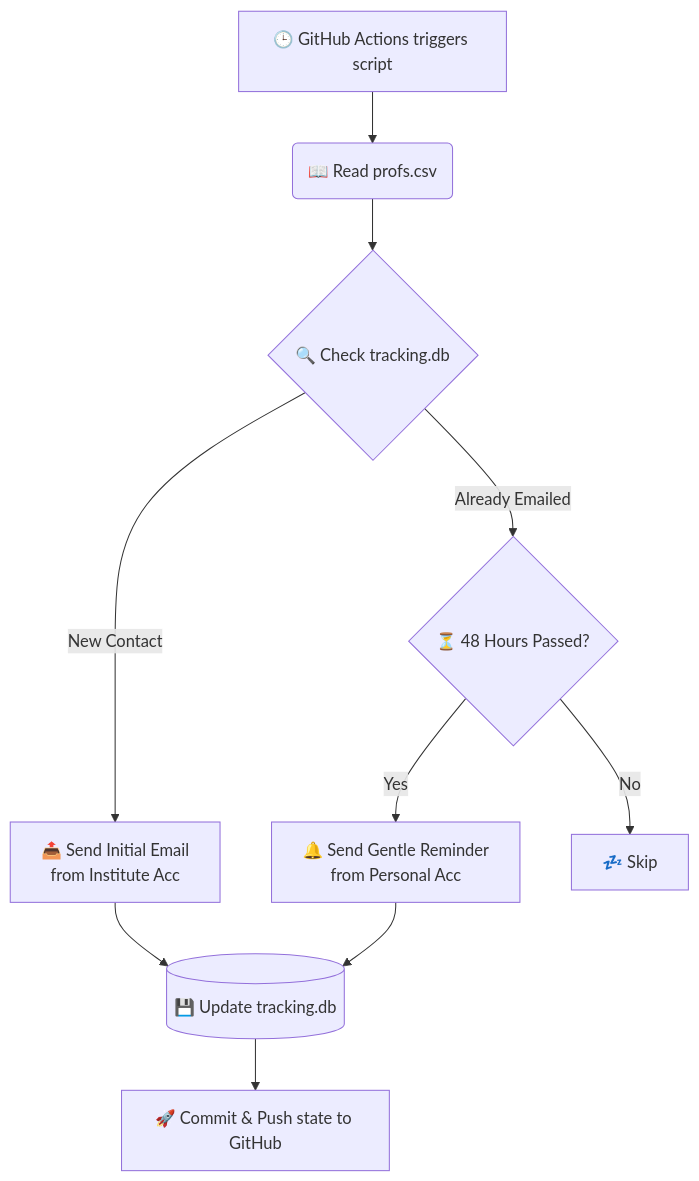
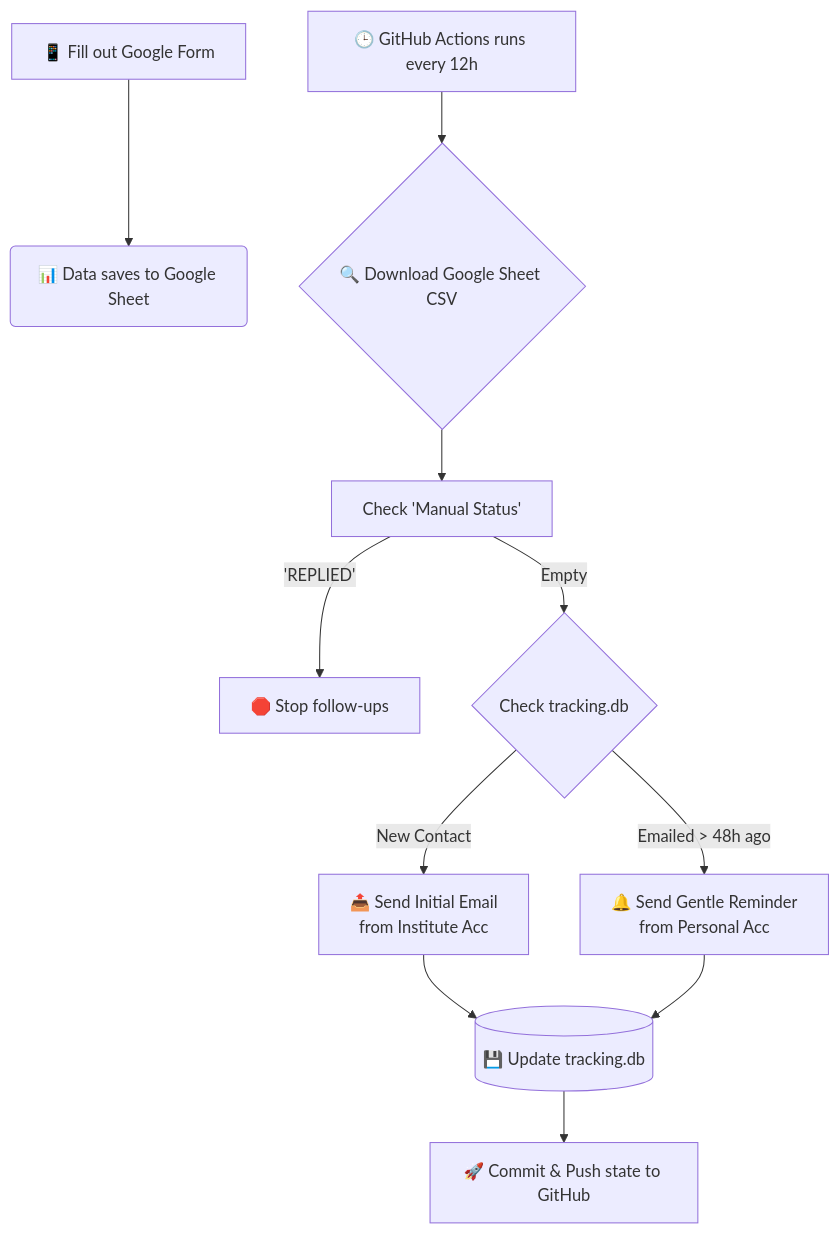
The diagram in README.md (Nitish-B-142/Auto-mailer), drawn with Mermaid before and after one commit. The commit also changed other lines of this file and 3 other files, not shown here.

Commit message:
feat: migrate to google sheets for user-friendly data entry

````diff
--- a/README.md
+++ b/README.md
@@ -9,12 +9,13 @@
 ```mermaid
 graph TD;
-    A[🕒 GitHub Actions triggers script] --> B(📖 Read profs.csv);
-    B --> C{🔍 Check tracking.db};
-    C -- New Contact --> D[📤 Send Initial Email<br>from Institute Acc];
-    C -- Already Emailed --> E{⏳ 48 Hours Passed?};
-    E -- Yes --> F[🔔 Send Gentle Reminder<br>from Personal Acc];
-    E -- No --> G[💤 Skip];
-    D --> H[(💾 Update tracking.db)];
-    F --> H;
-    H --> I[🚀 Commit & Push state to GitHub];
+    A[📱 Fill out Google Form] --> B(📊 Data saves to Google Sheet);
+    C[🕒 GitHub Actions runs every 12h] --> D{🔍 Download Google Sheet CSV};
+    D --> E[Check 'Manual Status'];
+    E -- 'REPLIED' --> F[🛑 Stop follow-ups];
+    E -- Empty --> G{Check tracking.db};
+    G -- New Contact --> H[📤 Send Initial Email<br>from Institute Acc];
+    G -- Emailed > 48h ago --> I[🔔 Send Gentle Reminder<br>from Personal Acc];
+    H --> J[(💾 Update tracking.db)];
+    I --> J;
+    J --> K[🚀 Commit & Push state to GitHub];
 ```
````
